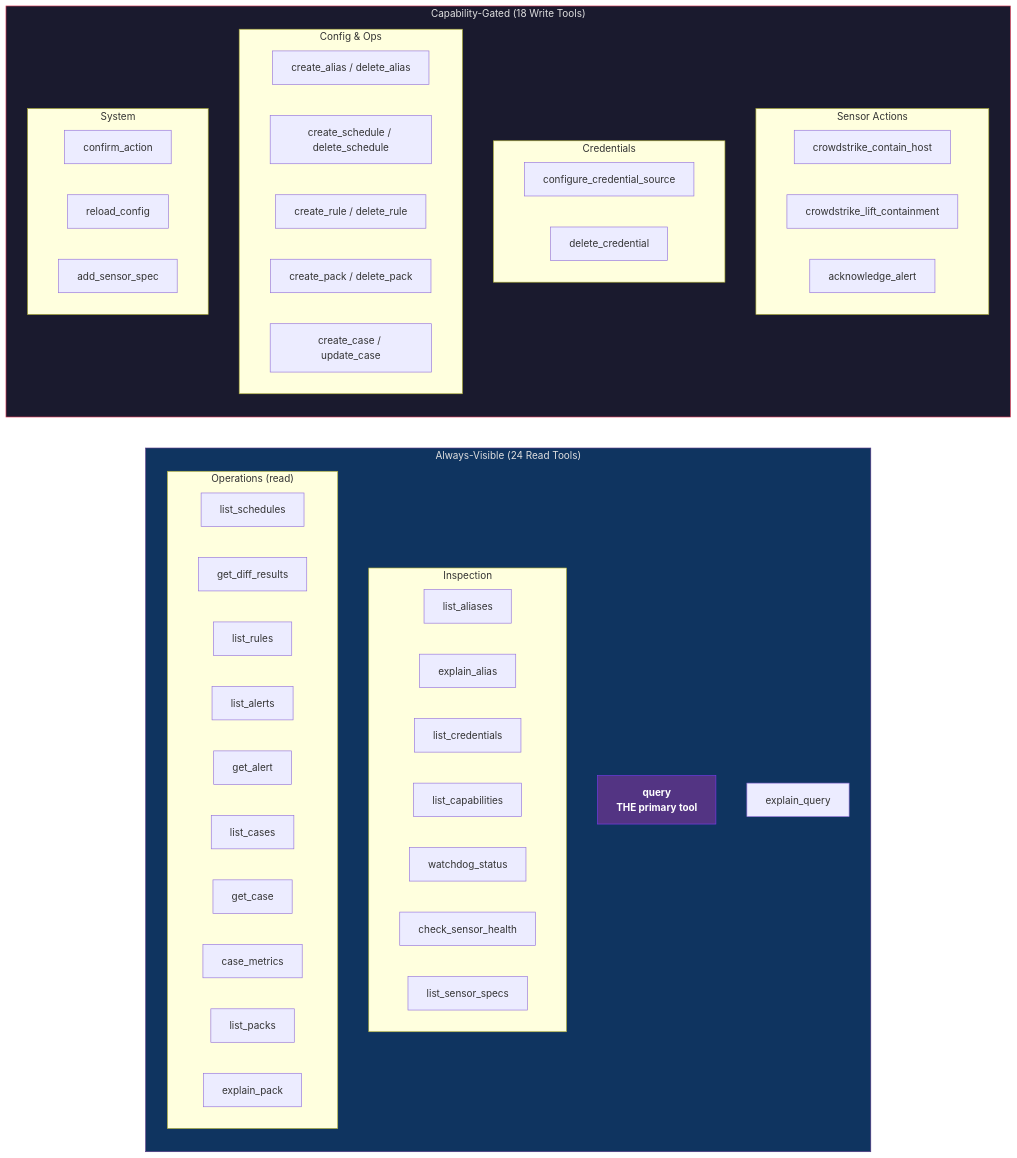
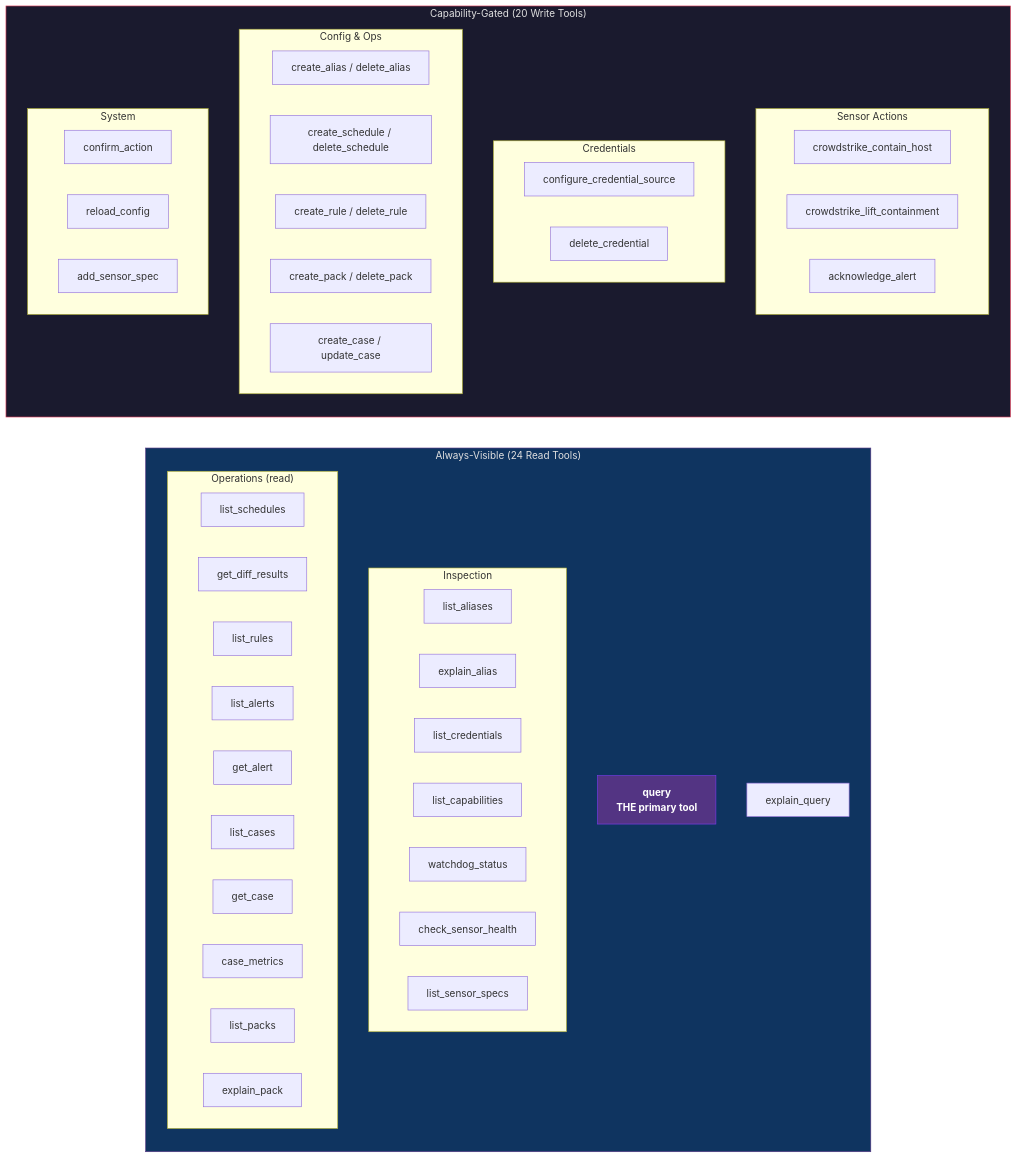
Before and after one commit to drbothen/prism: the first of 3 diagrams in specs/architecture/api-surface.md, drawn with Mermaid. The commit also changed other lines of this file and 2 other files, not shown here.

Commit message:
factory(phase-2): fix adversarial pass 5 findings — 3 MEDIUM resolved (tool counts, force_execute, SS-17→SS-12, flowchart, analyst_id)

````diff
--- a/specs/architecture/api-surface.md
+++ b/specs/architecture/api-surface.md
@@ -22,58 +22,58 @@
 ```mermaid
 graph LR
     subgraph VISIBLE["Always-Visible (24 Read Tools)"]
         direction TB
         Q["query<br/><b>THE primary tool</b>"]
         EQ["explain_query"]
         subgraph INSPECT["Inspection"]
             LA["list_aliases"]
             EA["explain_alias"]
             LC["list_credentials"]
             LCap["list_capabilities"]
             WS["watchdog_status"]
             CSH["check_sensor_health"]
             LSS["list_sensor_specs"]
         end
         subgraph OPS_READ["Operations (read)"]
             LS["list_schedules"]
             GD["get_diff_results"]
             LR["list_rules"]
             LAl["list_alerts"]
             GA["get_alert"]
             LCs["list_cases"]
             GC["get_case"]
             CM["case_metrics"]
             LP["list_packs"]
             EP["explain_pack"]
         end
     end
 
-    subgraph GATED["Capability-Gated (18 Write Tools)"]
+    subgraph GATED["Capability-Gated (20 Write Tools)"]
         direction TB
         subgraph SENSOR_WRITE["Sensor Actions"]
             CH["crowdstrike_contain_host"]
             CL["crowdstrike_lift_containment"]
             AA["acknowledge_alert"]
         end
         subgraph CRED_WRITE["Credentials"]
             SC["configure_credential_source"]
             DC["delete_credential"]
         end
         subgraph CONFIG_WRITE["Config & Ops"]
             CA2["create_alias / delete_alias"]
             CS2["create_schedule / delete_schedule"]
             CR2["create_rule / delete_rule"]
             CP2["create_pack / delete_pack"]
             CC2["create_case / update_case"]
         end
         subgraph SYSTEM["System"]
             CONF["confirm_action"]
             RC["reload_config"]
             AS["add_sensor_spec"]
         end
     end
 
     style VISIBLE fill:#0f3460,stroke:#533483,color:#e0e0e0
     style GATED fill:#1a1a2e,stroke:#e94560,color:#e0e0e0
     style Q fill:#533483,stroke:#7c3aed,color:#fff,font-weight:bold
 ```
````
